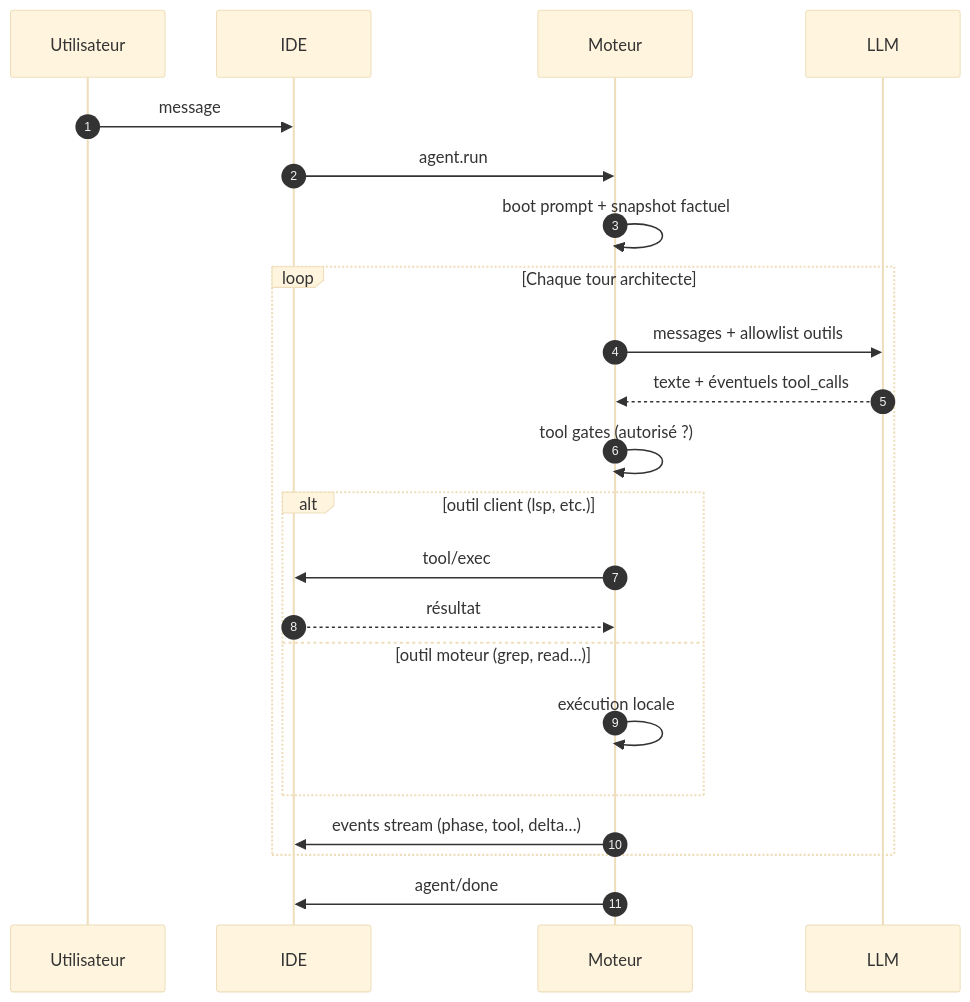
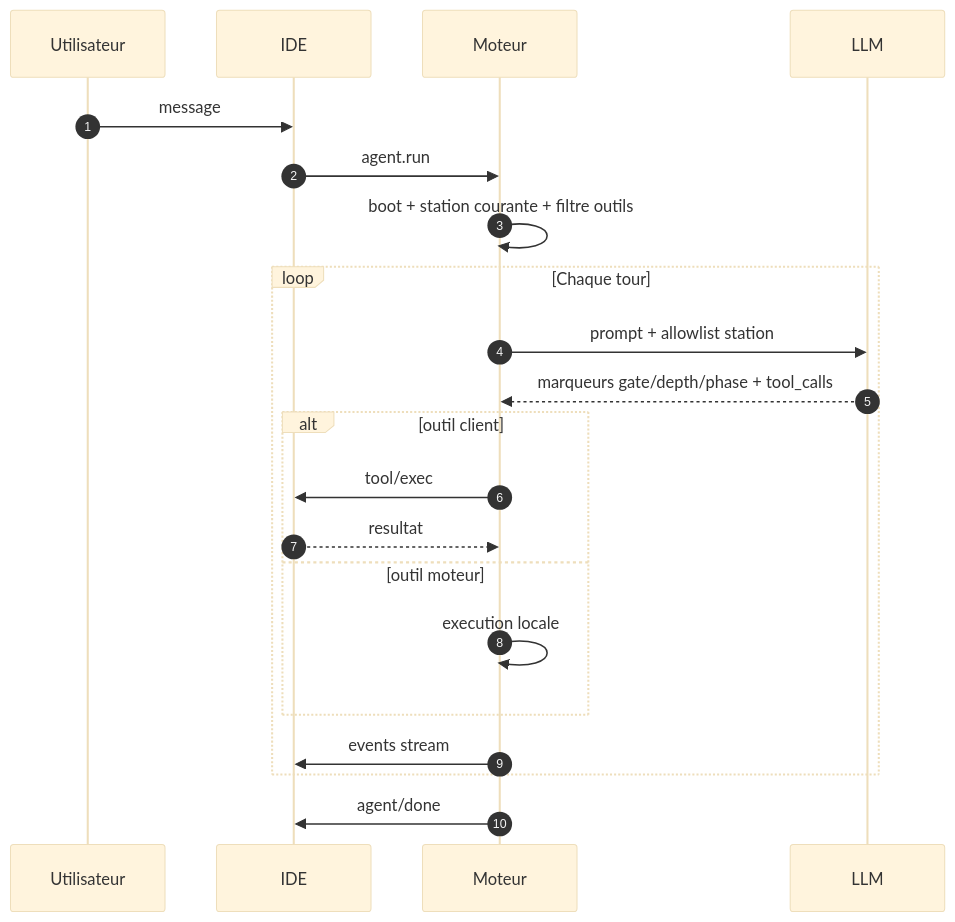
Before and after one commit to DroxKiwi/Drox---IDE---OR: the sixth of 13 diagrams in README.md, drawn with Mermaid (base theme). The commit also changed other lines of this file, not shown here.

First line of the commit message:
Docs: README aligné run rail 1.4 et vue globale Ollama/IDE/moteur.

````diff
--- a/README.md
+++ b/README.md
@@ -108,25 +166,24 @@
 ```mermaid
 sequenceDiagram
   autonumber
   participant U as Utilisateur
   participant IDE as IDE
   participant M as Moteur
   participant L as LLM
 
   U->>IDE: message
   IDE->>M: agent.run
-  M->>M: boot prompt + snapshot factuel
-  loop Chaque tour architecte
-    M->>L: messages + allowlist outils
-    L-->>M: texte + éventuels tool_calls
-    M->>M: tool gates (autorisé ?)
-    alt outil client (lsp, etc.)
+  M->>M: boot + station courante + filtre outils
+  loop Chaque tour
+    M->>L: prompt + allowlist station
+    L-->>M: marqueurs gate/depth/phase + tool_calls
+    alt outil client
       M->>IDE: tool/exec
-      IDE-->>M: résultat
-    else outil moteur (grep, read…)
-      M->>M: exécution locale
+      IDE-->>M: resultat
+    else outil moteur
+      M->>M: execution locale
     end
-    M->>IDE: events stream (phase, tool, delta…)
+    M->>IDE: events stream
   end
   M->>IDE: agent/done
 ```
````
